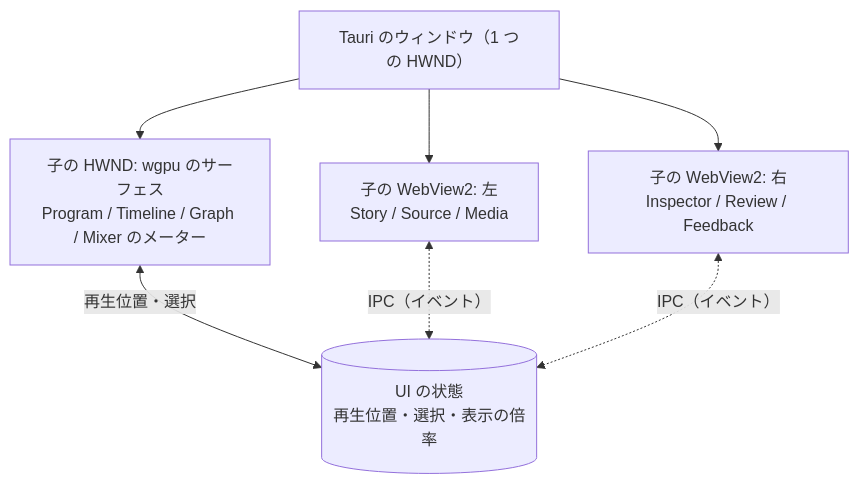
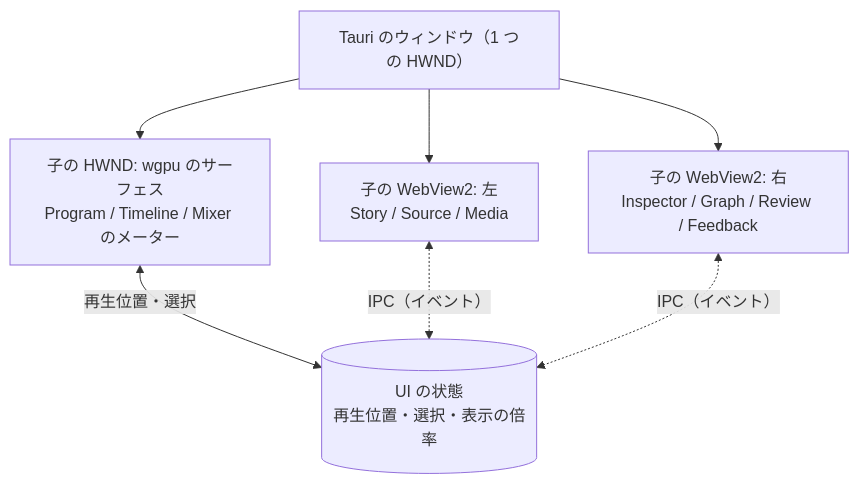
The diagram in movie-maker/docs/design/08-ui.md (Durun/claude-marketplace), drawn with Mermaid before and after one commit. The commit also changed other lines of this file and 44 other files, not shown here.

First line of the commit message:
feat(movie-maker): Inspector のキーフレームの編集と Graph のパネル

````diff
--- a/movie-maker/docs/design/08-ui.md
+++ b/movie-maker/docs/design/08-ui.md
@@ -5,10 +5,10 @@
 ```mermaid
 flowchart TB
   WIN[Tauri のウィンドウ（1 つの HWND）]
-  WIN --> SURF[子の HWND: wgpu のサーフェス<br>Program / Timeline / Graph / Mixer のメーター]
+  WIN --> SURF[子の HWND: wgpu のサーフェス<br>Program / Timeline / Mixer のメーター]
   WIN --> WV1[子の WebView2: 左<br>Story / Source / Media]
-  WIN --> WV2[子の WebView2: 右<br>Inspector / Review / Feedback]
+  WIN --> WV2[子の WebView2: 右<br>Inspector / Graph / Review / Feedback]
   SURF <-- 再生位置・選択 --> STATE[(UI の状態<br>再生位置・選択・表示の倍率)]
   WV1 <-. IPC（イベント） .-> STATE
   WV2 <-. IPC（イベント） .-> STATE
 ```
````
